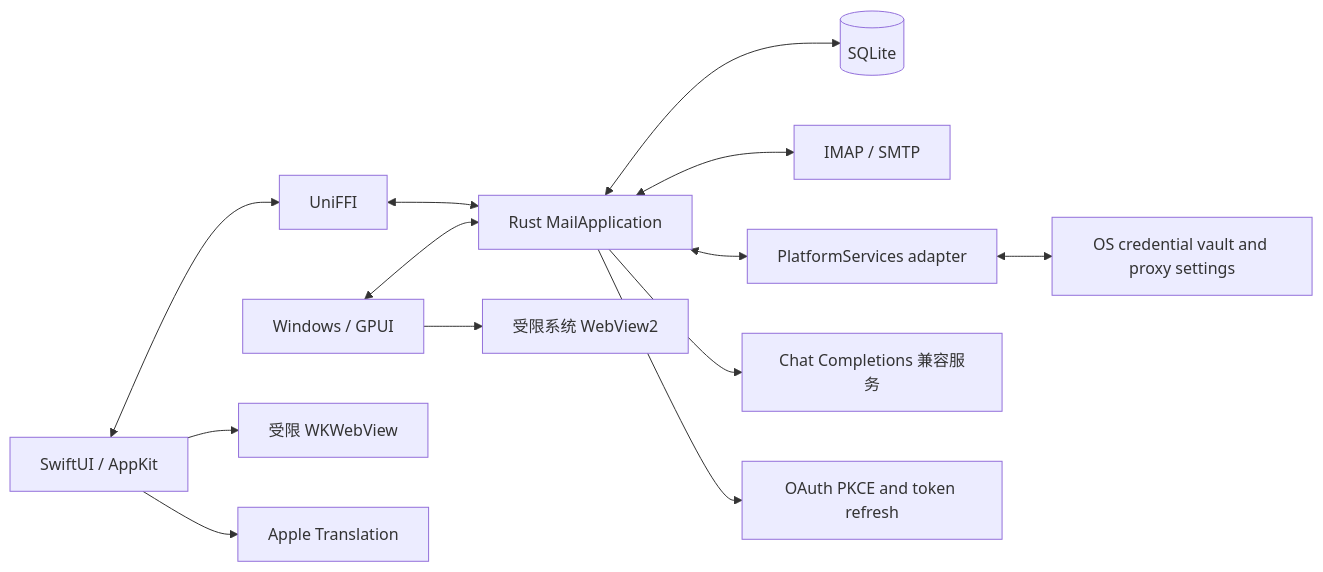
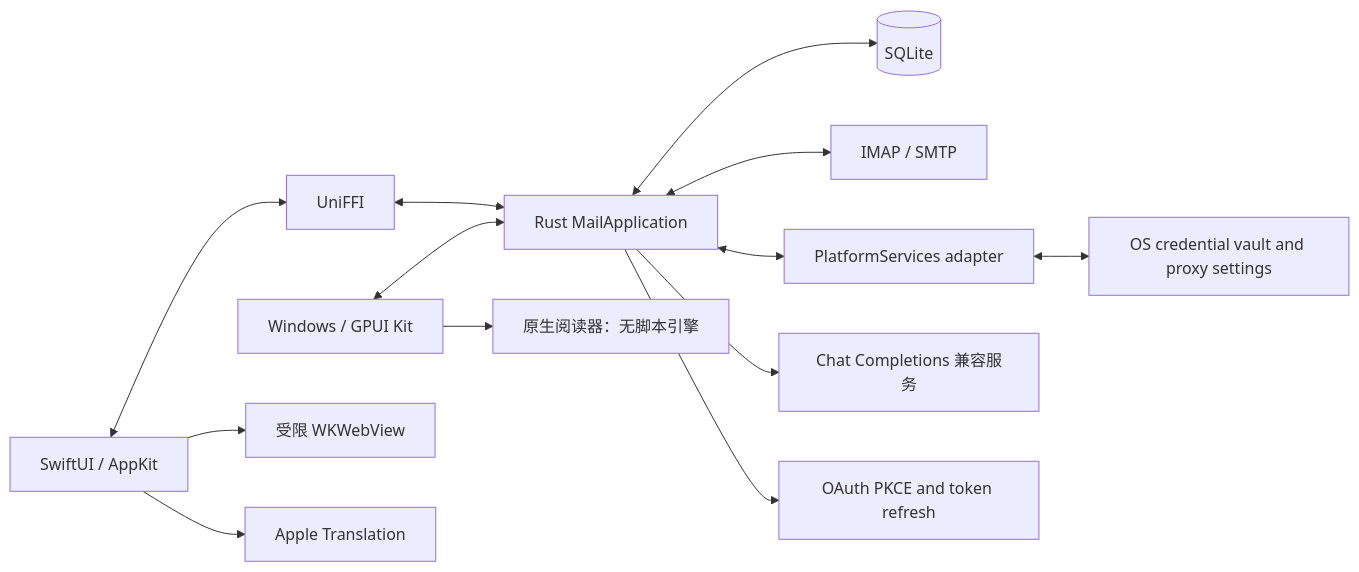
Before and after one commit to baileyh8/lightmail: the diagram in docs/architecture.md, drawn with Mermaid. The commit also changed other lines of this file and 5 other files, not shown here.

First line of the commit message:
docs: describe the native Windows client

````diff
--- a/docs/architecture.md
+++ b/docs/architecture.md
@@ -5,15 +5,15 @@
 ```mermaid
 flowchart LR
     UI[SwiftUI / AppKit] <--> FFI[UniFFI]
     FFI <--> Core[Rust MailApplication]
-    Windows[Windows / GPUI] <--> Core
+    Windows[Windows / GPUI Kit] <--> Core
     Core <--> DB[(SQLite)]
     Core <--> Mail[IMAP / SMTP]
     Core <--> Platform[PlatformServices adapter]
     Platform <--> Keychain[OS credential vault and proxy settings]
     UI --> Reader[受限 WKWebView]
-    Windows --> WebView2[受限系统 WebView2]
+    Windows --> NativeReader[原生阅读器：无脚本引擎]
     Core --> LLM[Chat Completions 兼容服务]
     Core --> OAuth[OAuth PKCE and token refresh]
     UI --> Translation[Apple Translation]
 ```
````
